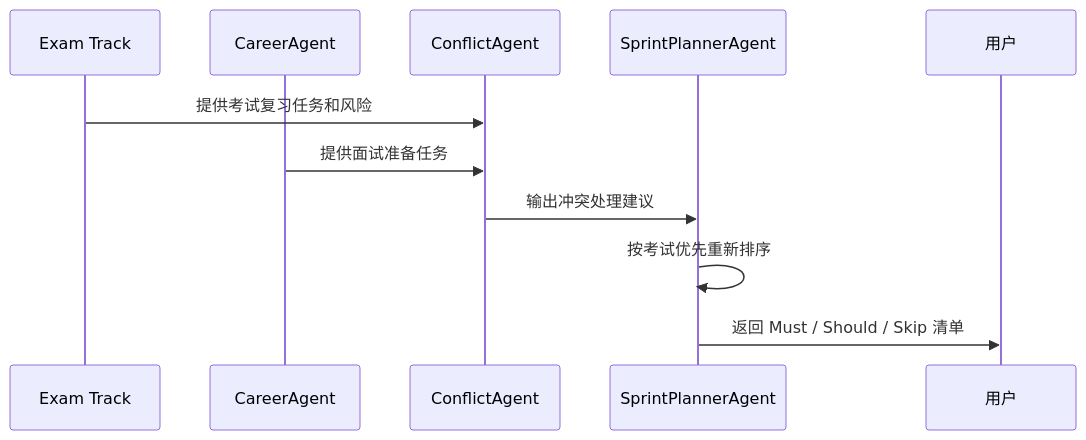
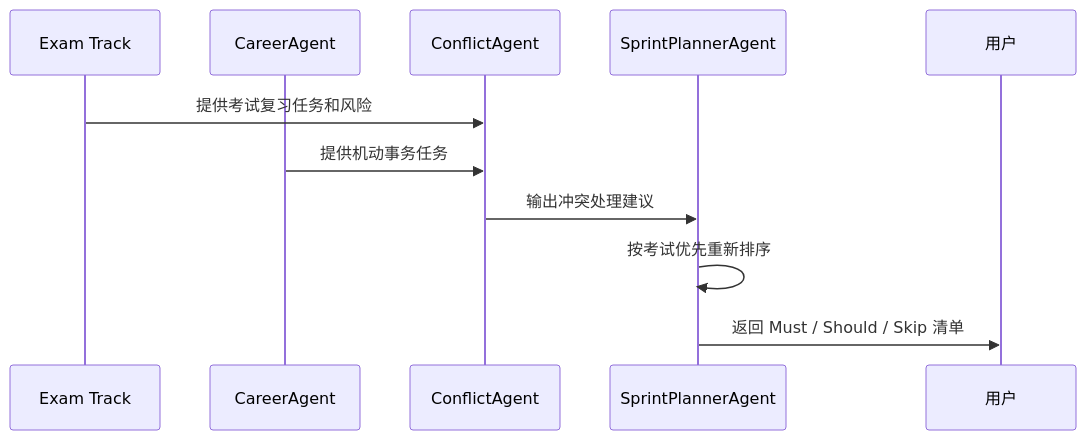
The third of 3 diagrams in docs/04_技术架构与课程映射.md (Jeffhan789/FinalPilot), drawn with Mermaid before and after one commit. The commit also changed other lines of this file and 37 other files, not shown here.

````diff
--- a/docs/04_技术架构与课程映射.md
+++ b/docs/04_技术架构与课程映射.md
@@ -181,14 +181,14 @@
 ```mermaid
 sequenceDiagram
     participant E as Exam Track
     participant CA as CareerAgent
     participant CF as ConflictAgent
     participant P as SprintPlannerAgent
     participant U as 用户
 
     E->>CF: 提供考试复习任务和风险
-    CA->>CF: 提供面试准备任务
+    CA->>CF: 提供机动事务任务
     CF->>P: 输出冲突处理建议
     P->>P: 按考试优先重新排序
     P->>U: 返回 Must / Should / Skip 清单
 ```
````
